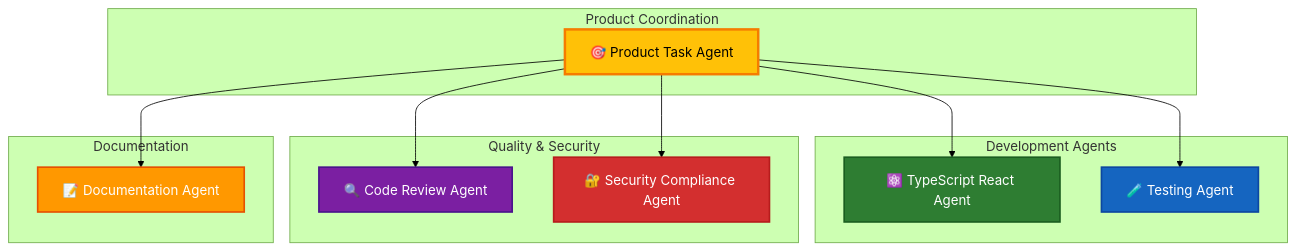
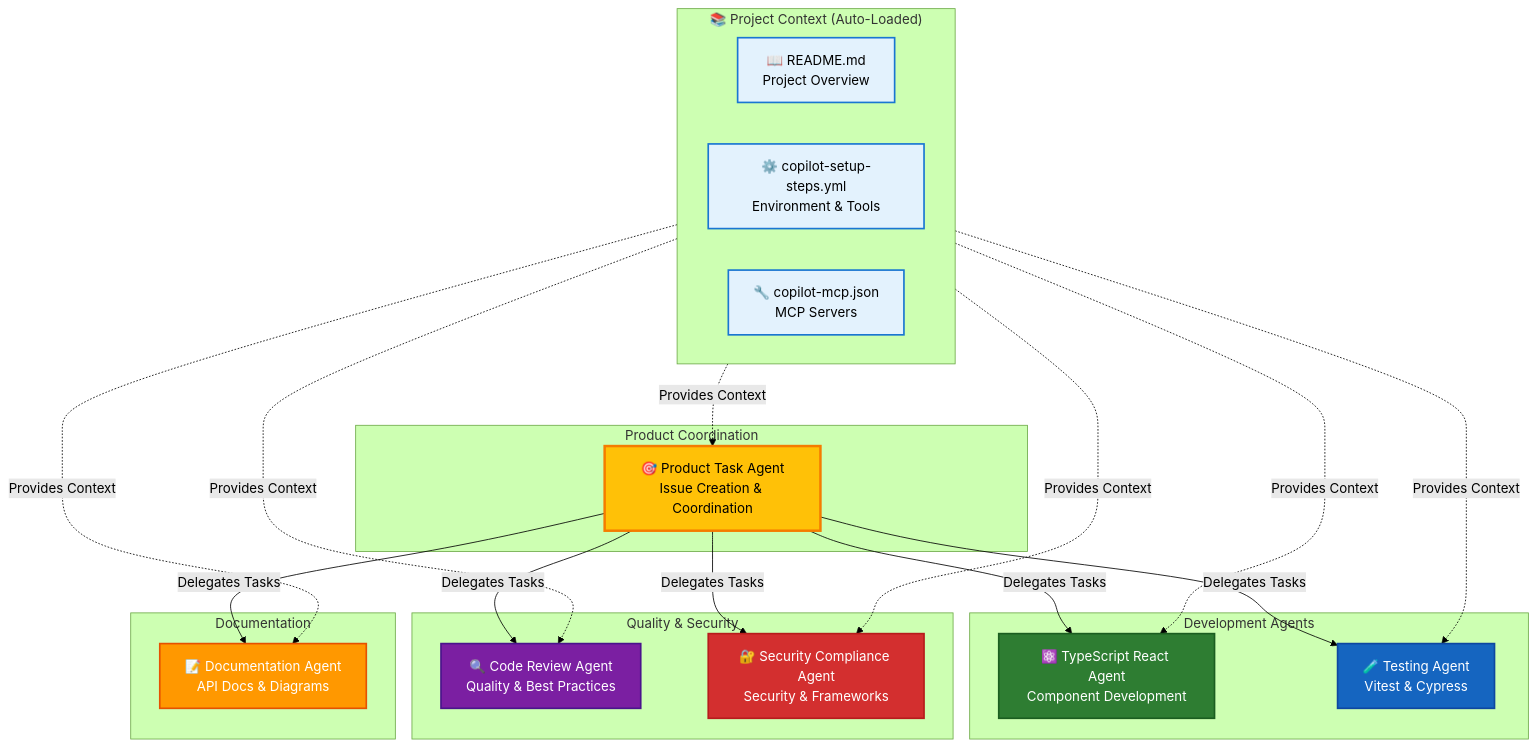
The first of 7 diagrams in .github/agents/README.md (Hack23/cia-compliance-manager), drawn with Mermaid (forest theme) before and after one commit. The commit also changed other lines of this file and 7 other files, not shown here.

First line of the commit message:
docs: update agents with context initialization and enhance README diagrams (#729)

````diff
--- a/.github/agents/README.md
+++ b/.github/agents/README.md
@@ -7,33 +26,47 @@
 ```mermaid
 graph TB
+    subgraph Context["📚 Project Context (Auto-Loaded)"]
+        README["📖 README.md<br/>Project Overview"]:::context
+        SETUP["⚙️ copilot-setup-steps.yml<br/>Environment & Tools"]:::context
+        MCP["🔧 copilot-mcp.json<br/>MCP Servers"]:::context
+    end
+    
     subgraph "Product Coordination"
-        TASK[🎯 Product Task Agent]:::task
+        TASK[🎯 Product Task Agent<br/>Issue Creation & Coordination]:::task
     end
     
     subgraph "Development Agents"
-        TS[⚛️ TypeScript React Agent]:::dev
-        TEST[🧪 Testing Agent]:::test
+        TS[⚛️ TypeScript React Agent<br/>Component Development]:::dev
+        TEST[🧪 Testing Agent<br/>Vitest & Cypress]:::test
     end
     
     subgraph "Quality & Security"
-        CR[🔍 Code Review Agent]:::review
-        SEC[🔐 Security Compliance Agent]:::security
+        CR[🔍 Code Review Agent<br/>Quality & Best Practices]:::review
+        SEC[🔐 Security Compliance Agent<br/>Security & Frameworks]:::security
     end
     
     subgraph "Documentation"
-        DOC[📝 Documentation Agent]:::docs
+        DOC[📝 Documentation Agent<br/>API Docs & Diagrams]:::docs
     end
     
-    TASK --> TS
-    TASK --> TEST
-    TASK --> CR
-    TASK --> SEC
-    TASK --> DOC
+    Context -.->|"Provides Context"| TASK
+    Context -.->|"Provides Context"| TS
+    Context -.->|"Provides Context"| TEST
+    Context -.->|"Provides Context"| CR
+    Context -.->|"Provides Context"| SEC
+    Context -.->|"Provides Context"| DOC
     
+    TASK -->|"Delegates Tasks"| TS
+    TASK -->|"Delegates Tasks"| TEST
+    TASK -->|"Delegates Tasks"| CR
+    TASK -->|"Delegates Tasks"| SEC
+    TASK -->|"Delegates Tasks"| DOC
+    
+    classDef context fill:#E3F2FD,stroke:#1976D2,stroke-width:2px,color:#000
     classDef task fill:#FFC107,stroke:#F57C00,stroke-width:3px,color:#000
     classDef dev fill:#2E7D32,stroke:#1B5E20,stroke-width:2px,color:#fff
     classDef test fill:#1565C0,stroke:#0D47A1,stroke-width:2px,color:#fff
     classDef review fill:#7B1FA2,stroke:#4A148C,stroke-width:2px,color:#fff
     classDef security fill:#D32F2F,stroke:#B71C1C,stroke-width:2px,color:#fff
     classDef docs fill:#FF9800,stroke:#E65100,stroke-width:2px,color:#fff
 ```
````
